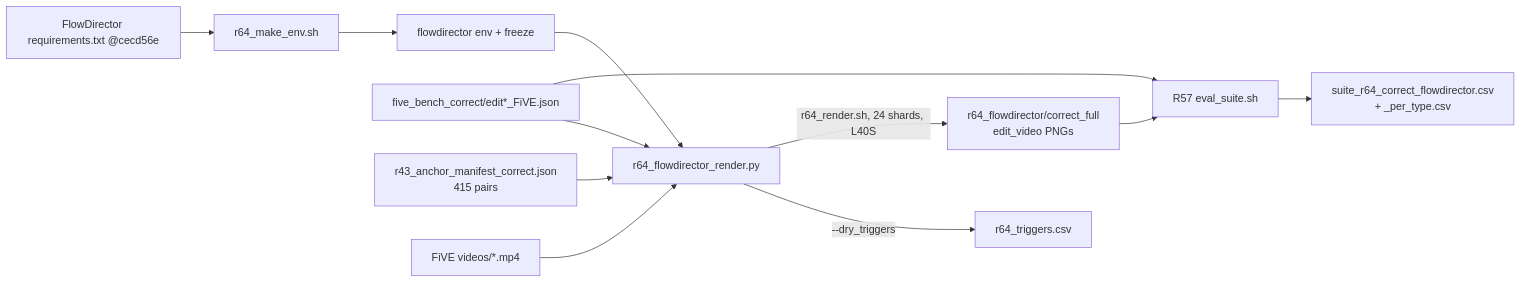
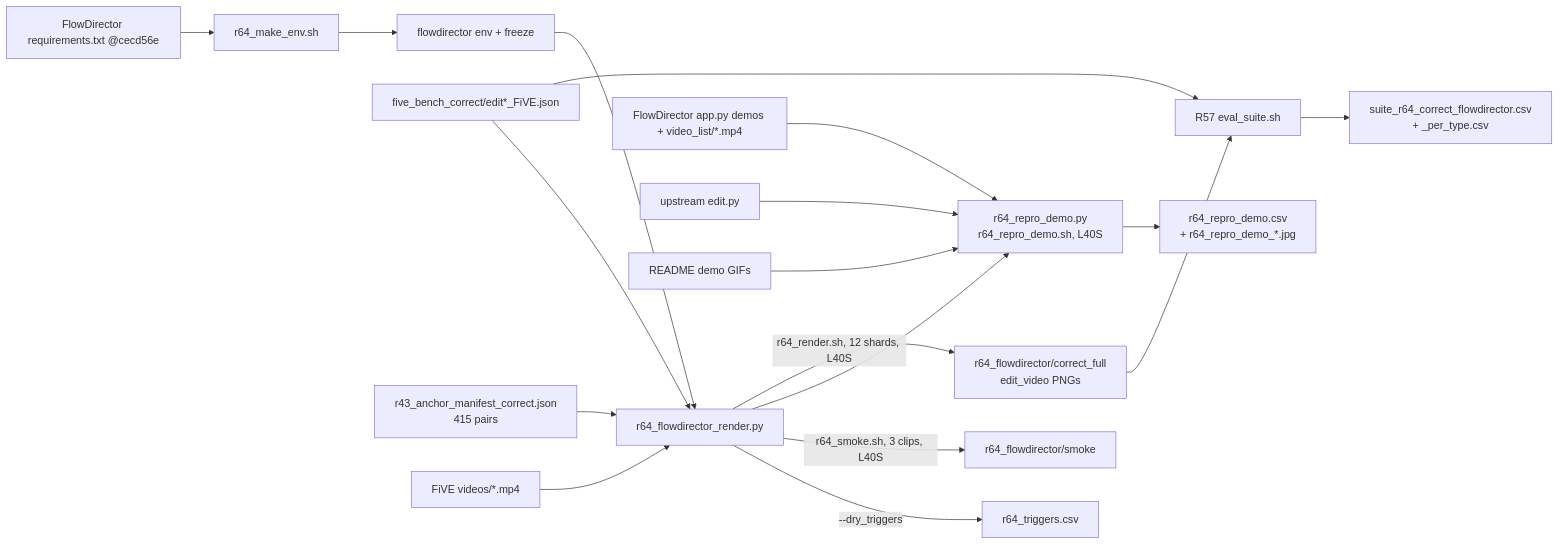
Before and after one commit to skhairi2k/StreamEdit_new: the diagram in .claude/plans/r64-flowdirector-five-correct_09c4ad35.plan.md, drawn with Mermaid. The commit also changed other lines of this file and 217 other files, not shown here.

````diff
--- a/.claude/plans/r64-flowdirector-five-correct_09c4ad35.plan.md
+++ b/.claude/plans/r64-flowdirector-five-correct_09c4ad35.plan.md
@@ -180,13 +245,19 @@
 ```mermaid
 flowchart LR
   REQ[FlowDirector requirements.txt @cecd56e] --> ENV[r64_make_env.sh] --> FZ[flowdirector env + freeze]
   ANN[five_bench_correct/edit*_FiVE.json] --> DRV
   MAN[r43_anchor_manifest_correct.json<br/>415 pairs] --> DRV
   VID[FiVE videos/*.mp4] --> DRV
   FZ --> DRV[r64_flowdirector_render.py]
   DRV -->|--dry_triggers| TRG[r64_triggers.csv]
-  DRV -->|r64_render.sh, 24 shards, L40S| REN[r64_flowdirector/correct_full<br/>edit_video PNGs]
+  DRV -->|r64_smoke.sh, 3 clips, L40S| SMK[r64_flowdirector/smoke]
+  DEMO[FlowDirector app.py demos + video_list/*.mp4] --> REP[r64_repro_demo.py<br/>r64_repro_demo.sh, L40S]
+  UP[upstream edit.py] --> REP
+  DRV --> REP
+  GIF[README demo GIFs] --> REP
+  REP --> RCSV[r64_repro_demo.csv<br/>+ r64_repro_demo_*.jpg]
+  DRV -->|r64_render.sh, 12 shards, L40S| REN[r64_flowdirector/correct_full<br/>edit_video PNGs]
   REN --> SUITE[R57 eval_suite.sh]
   ANN --> SUITE
   SUITE --> CSV[suite_r64_correct_flowdirector.csv<br/>+ _per_type.csv]
 ```
````
